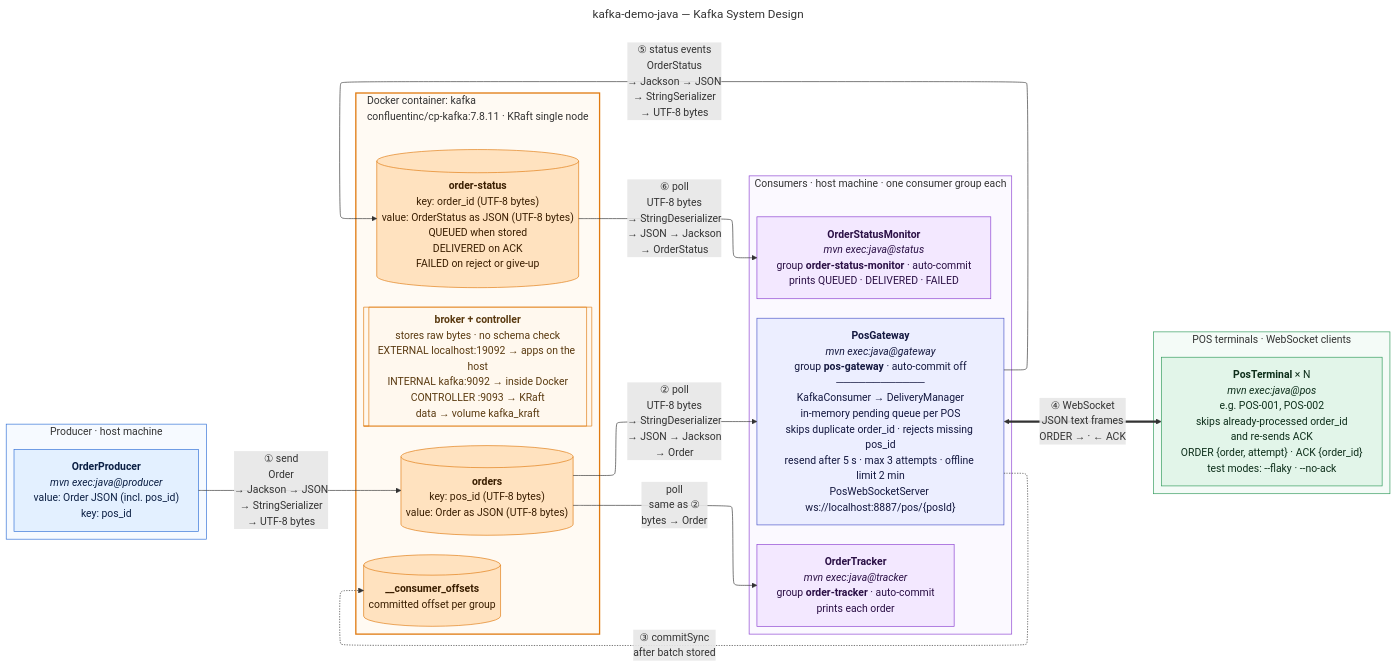
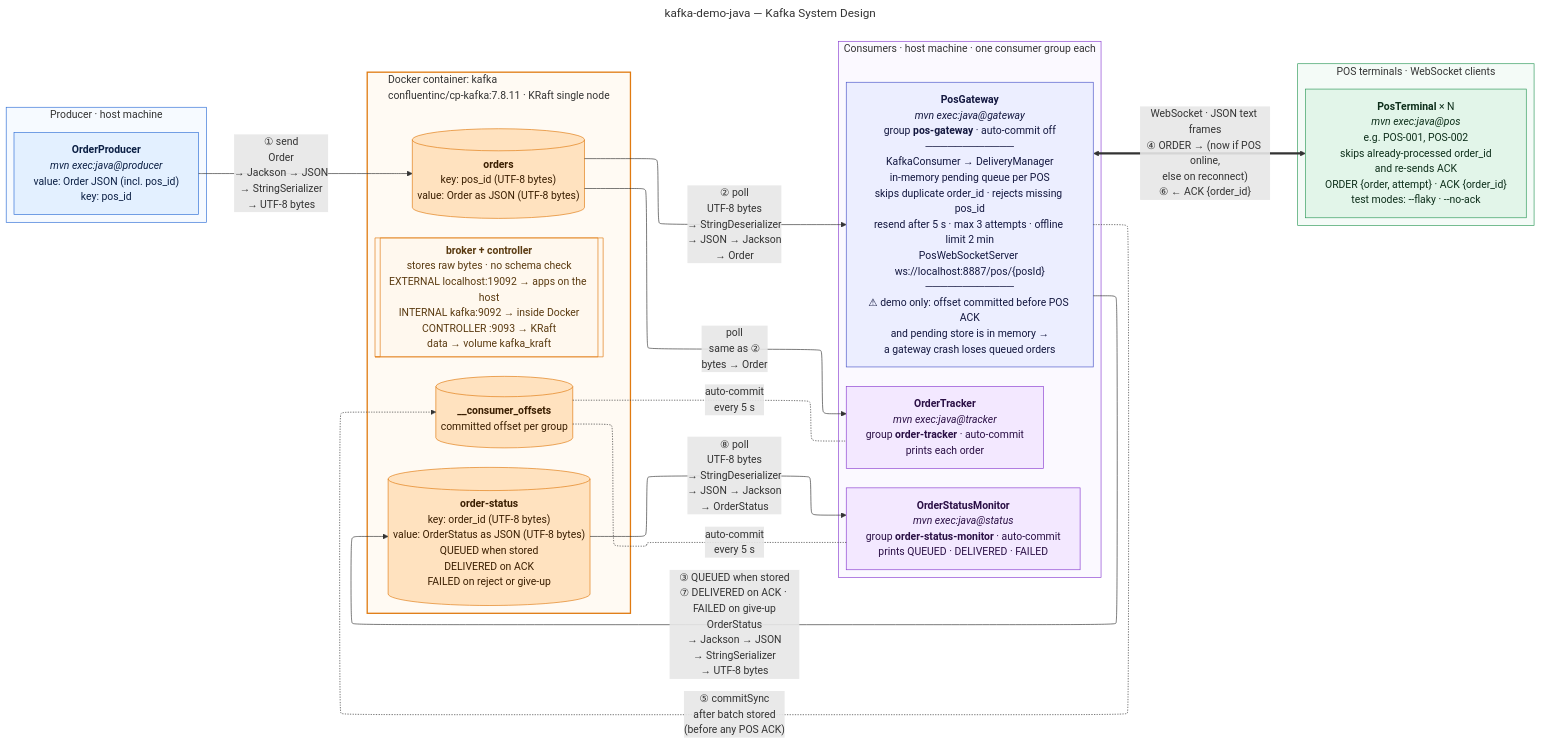
One commit to Bevia/kafka-demo-java changed the diagram in docs/kafka-system-design.mermaid. Above: the diagram before and after it, drawn with Mermaid. The commit also changed 9 other files, not shown here.

```diff
--- a/docs/kafka-system-design.mermaid
+++ b/docs/kafka-system-design.mermaid
@@ -1,64 +1,66 @@
 ---
 title: kafka-demo-java — Kafka System Design
 config:
   layout: elk
   flowchart:
     wrappingWidth: 320
 ---
 flowchart LR
 
     %% ───────── PRODUCER (host machine) ─────────
     subgraph PRODUCERS["Producer · host machine"]
         OP["<b>OrderProducer</b><br/><i>mvn exec:java@producer</i><br/>value: Order JSON (incl. pos_id)<br/>key: pos_id"]
     end
 
     %% ───────── KAFKA (Docker) ─────────
     subgraph DOCKER["Docker container: kafka<br/>confluentinc/cp-kafka:7.8.11 · KRaft single node"]
         direction TB
         T_ORD[("<b>orders</b><br/>key: pos_id (UTF-8 bytes)<br/>value: Order as JSON (UTF-8 bytes)")]
         T_STA[("<b>order-status</b><br/>key: order_id (UTF-8 bytes)<br/>value: OrderStatus as JSON (UTF-8 bytes)<br/>QUEUED when stored<br/>DELIVERED on ACK<br/>FAILED on reject or give-up")]
         OFF[("<b>__consumer_offsets</b><br/>committed offset per group")]
         INFO[["<b>broker + controller</b><br/>stores raw bytes · no schema check<br/>EXTERNAL localhost:19092 → apps on the host<br/>INTERNAL kafka:9092 → inside Docker<br/>CONTROLLER :9093 → KRaft<br/>data → volume kafka_kraft"]]
     end
 
     %% ───────── CONSUMERS (host machine) ─────────
     subgraph CONSUMERS["Consumers · host machine · one consumer group each"]
         direction TB
-        GW["<b>PosGateway</b><br/><i>mvn exec:java@gateway</i><br/>group <b>pos-gateway</b> · auto-commit off<br/>────────────<br/>KafkaConsumer → DeliveryManager<br/>in-memory pending queue per POS<br/>skips duplicate order_id · rejects missing pos_id<br/>resend after 5 s · max 3 attempts · offline limit 2 min<br/>PosWebSocketServer ws://localhost:8887/pos/{posId}"]
+        GW["<b>PosGateway</b><br/><i>mvn exec:java@gateway</i><br/>group <b>pos-gateway</b> · auto-commit off<br/>────────────<br/>KafkaConsumer → DeliveryManager<br/>in-memory pending queue per POS<br/>skips duplicate order_id · rejects missing pos_id<br/>resend after 5 s · max 3 attempts · offline limit 2 min<br/>PosWebSocketServer ws://localhost:8887/pos/{posId}<br/>────────────<br/>⚠ demo only: offset committed before POS ACK<br/>and pending store is in memory →<br/>a gateway crash loses queued orders"]
         TRK["<b>OrderTracker</b><br/><i>mvn exec:java@tracker</i><br/>group <b>order-tracker</b> · auto-commit<br/>prints each order"]
         MON["<b>OrderStatusMonitor</b><br/><i>mvn exec:java@status</i><br/>group <b>order-status-monitor</b> · auto-commit<br/>prints QUEUED · DELIVERED · FAILED"]
     end
 
     %% ───────── POS TERMINALS ─────────
     subgraph EDGE["POS terminals · WebSocket clients"]
         POS["<b>PosTerminal</b> × N<br/><i>mvn exec:java@pos</i><br/>e.g. POS-001, POS-002<br/>skips already-processed order_id<br/>and re-sends ACK<br/>ORDER {order, attempt} · ACK {order_id}<br/>test modes: --flaky · --no-ack"]
     end
 
     %% ───────── FLOWS ─────────
     OP    -->|"① send<br/>Order<br/>→ Jackson → JSON<br/>→ StringSerializer<br/>→ UTF-8 bytes"| T_ORD
     T_ORD -->|"② poll<br/>UTF-8 bytes<br/>→ StringDeserializer<br/>→ JSON → Jackson<br/>→ Order"| GW
     T_ORD -->|"poll<br/>same as ②<br/>bytes → Order"| TRK
-    GW    -.->|"③ commitSync<br/>after batch stored"| OFF
-    GW   <==>|"④ WebSocket<br/>JSON text frames<br/>ORDER → · ← ACK"| POS
-    GW    -->|"⑤ status events<br/>OrderStatus<br/>→ Jackson → JSON<br/>→ StringSerializer<br/>→ UTF-8 bytes"| T_STA
-    T_STA -->|"⑥ poll<br/>UTF-8 bytes<br/>→ StringDeserializer<br/>→ JSON → Jackson<br/>→ OrderStatus"| MON
+    GW    -->|"③ QUEUED when stored<br/>⑦ DELIVERED on ACK · FAILED on give-up<br/>OrderStatus<br/>→ Jackson → JSON<br/>→ StringSerializer<br/>→ UTF-8 bytes"| T_STA
+    GW   <==>|"WebSocket · JSON text frames<br/>④ ORDER → (now if POS online,<br/>else on reconnect)<br/>⑥ ← ACK {order_id}"| POS
+    GW    -.->|"⑤ commitSync<br/>after batch stored<br/>(before any POS ACK)"| OFF
+    T_STA -->|"⑧ poll<br/>UTF-8 bytes<br/>→ StringDeserializer<br/>→ JSON → Jackson<br/>→ OrderStatus"| MON
+    OFF <-.-|"auto-commit<br/>every 5 s"| TRK
+    OFF <-.-|"auto-commit<br/>every 5 s"| MON
 
     %% ───────── STYLE ─────────
     classDef prod  fill:#e3f0ff,stroke:#2f6fd6,color:#0b1f44
     classDef topic fill:#ffe2bf,stroke:#e07a10,color:#3a1e00
     classDef info  fill:#fff8ee,stroke:#e07a10,color:#5a3a10
     classDef gw    fill:#eceeff,stroke:#4a55c9,color:#13173f
     classDef cons  fill:#f3e8ff,stroke:#8a3fd1,color:#2a0f45
     classDef pos   fill:#e2f5e9,stroke:#2e9a5a,color:#0d2e1a
 
     class OP prod
     class T_ORD,T_STA,OFF topic
     class INFO info
     class GW gw
     class TRK,MON cons
     class POS pos
 
     style DOCKER fill:#fffaf3,stroke:#e07a10,stroke-width:2px
     style PRODUCERS fill:#f6faff,stroke:#2f6fd6
     style CONSUMERS fill:#fbf9ff,stroke:#8a3fd1
     style EDGE fill:#f4fbf7,stroke:#2e9a5a
```
